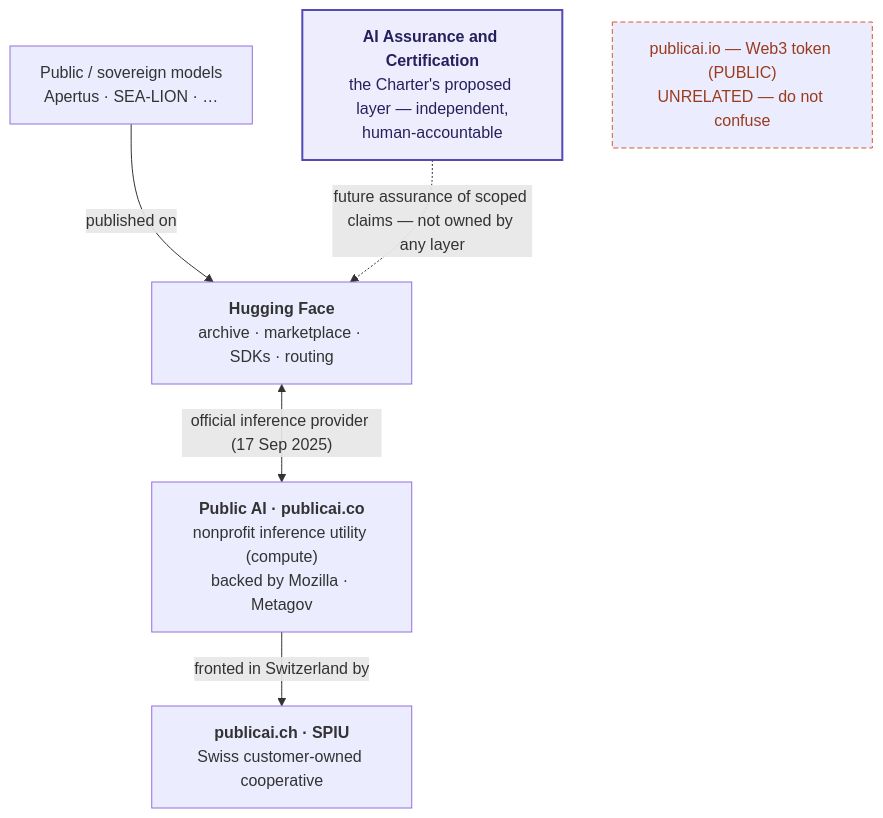
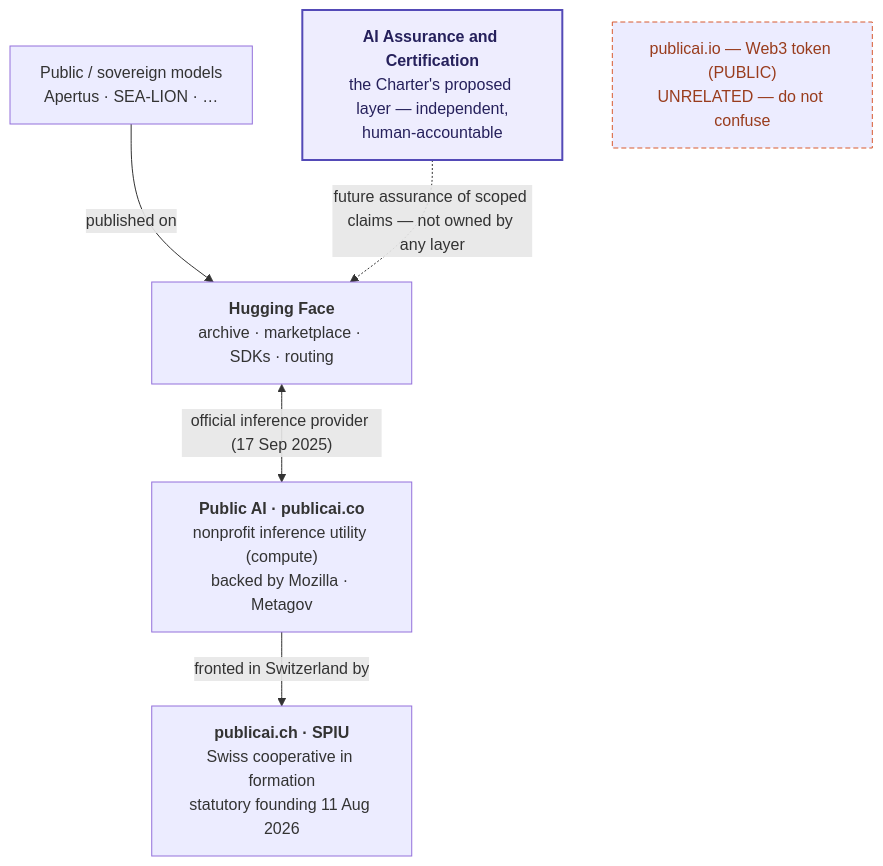
The diagram in docs/Evidence/actors-and-landscape.md (robertschaub/our-ai-charter), drawn with Mermaid before and after one commit. The commit also changed other lines of this file and 10 other files, not shown here.

````diff
--- a/docs/Evidence/actors-and-landscape.md
+++ b/docs/Evidence/actors-and-landscape.md
@@ -15,19 +15,19 @@
 ```mermaid
 flowchart TB
   M["Public / sovereign models<br/>Apertus · SEA-LION · …"]
   HF["<b>Hugging Face</b><br/>archive · marketplace · SDKs · routing"]
   PA["<b>Public AI · publicai.co</b><br/>nonprofit inference utility (compute)<br/>backed by Mozilla · Metagov"]
-  CH["<b>publicai.ch · SPIU</b><br/>Swiss customer-owned cooperative"]
+  CH["<b>publicai.ch · SPIU</b><br/>Swiss cooperative in formation<br/>statutory founding 11 Aug 2026"]
 
   M -->|published on| HF
   HF <-->|"official inference provider (17 Sep 2025)"| PA
   PA -->|fronted in Switzerland by| CH
 
   A["<b>AI Assurance and Certification</b><br/>the Charter's proposed layer — independent,<br/>human-accountable"]:::charter
   A -.->|"future assurance of scoped claims — not owned by any layer"| HF
 
   X["publicai.io — Web3 token (PUBLIC)<br/>UNRELATED — do not confuse"]:::warn
 
   classDef charter fill:#EEEDFE,stroke:#534AB7,stroke-width:2px,color:#26215C;
   classDef warn stroke:#D85A30,stroke-dasharray:5 3,color:#993C1D;
 ```
````
